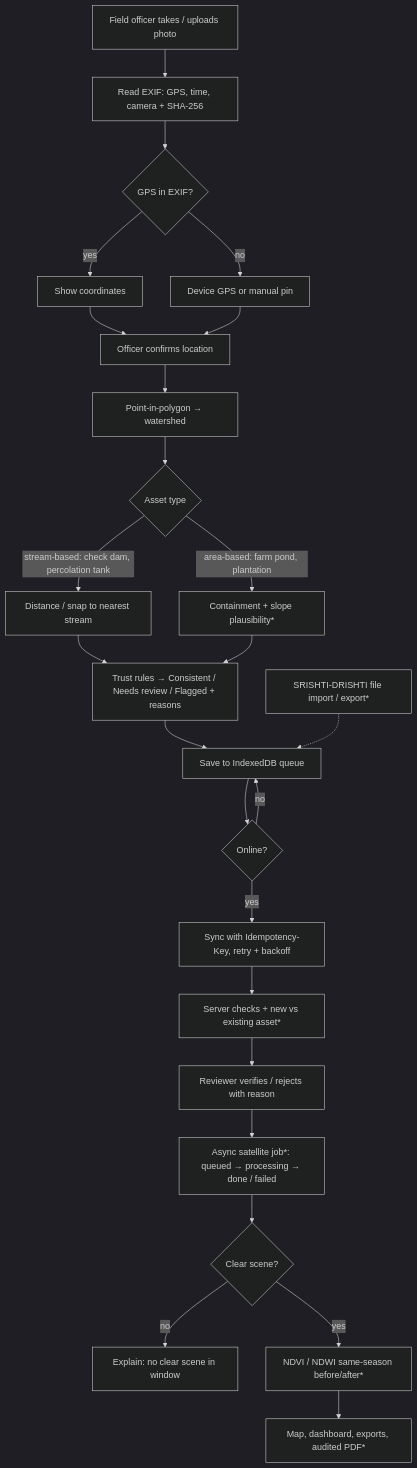
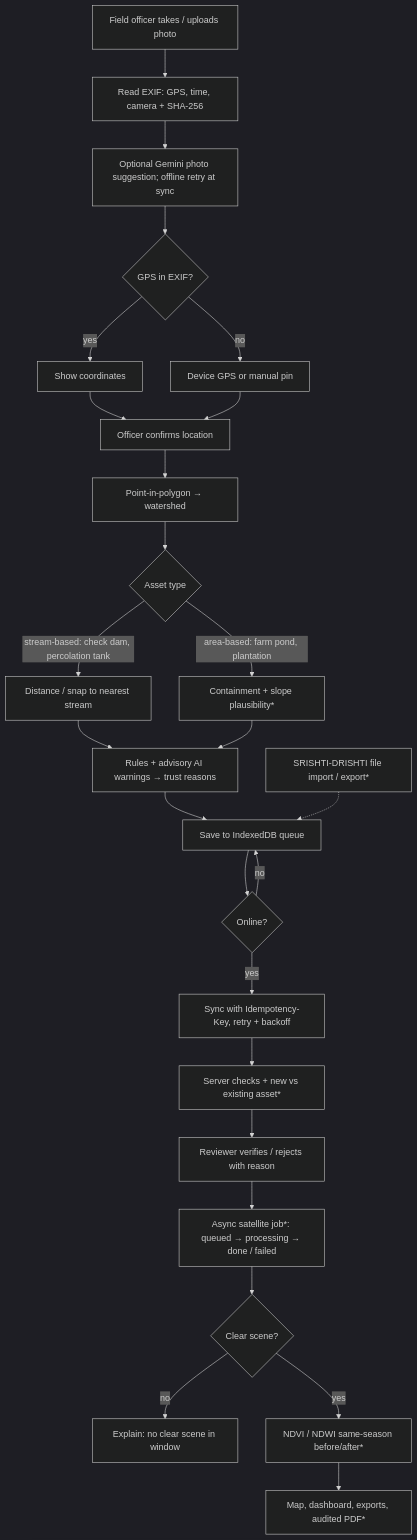
The diagram in docs/ARCHITECTURE.md (omkar0816/HydroSnap-3D), drawn with Mermaid (dark theme) before and after one commit. The commit also changed other lines of this file and 33 other files, not shown here.

Commit message:
major changes and the ai integration with gemini api key is added , with SHA and cashe/sync

````diff
--- a/docs/ARCHITECTURE.md
+++ b/docs/ARCHITECTURE.md
@@ -46,27 +55,28 @@
 ```mermaid
 flowchart TD
   A[Field officer takes / uploads photo] --> B[Read EXIF: GPS, time, camera + SHA-256]
-  B --> C{GPS in EXIF?}
+  B --> B3[Optional Gemini photo suggestion; offline retry at sync]
+  B3 --> C{GPS in EXIF?}
   C -- yes --> D[Show coordinates]
   C -- no --> D2[Device GPS or manual pin]
   D --> E[Officer confirms location]
   D2 --> E
   E --> F[Point-in-polygon → watershed]
   F --> G{Asset type}
   G -- stream-based: check dam, percolation tank --> H[Distance / snap to nearest stream]
   G -- area-based: farm pond, plantation --> H2[Containment + slope plausibility*]
-  H --> I[Trust rules → Consistent / Needs review / Flagged + reasons]
+  H --> I[Rules + advisory AI warnings → trust reasons]
   H2 --> I
   I --> J[Save to IndexedDB queue]
   J --> K{Online?}
   K -- no --> J
   K -- yes --> L[Sync with Idempotency-Key, retry + backoff]
   L --> M[Server checks + new vs existing asset*]
   M --> N[Reviewer verifies / rejects with reason]
   N --> O[Async satellite job*: queued → processing → done / failed]
   O --> P{Clear scene?}
   P -- no --> P2[Explain: no clear scene in window]
   P -- yes --> Q[NDVI / NDWI same-season before/after*]
   Q --> R[Map, dashboard, exports, audited PDF*]
   S[SRISHTI-DRISHTI file import / export*] -.-> J
 ```
````
